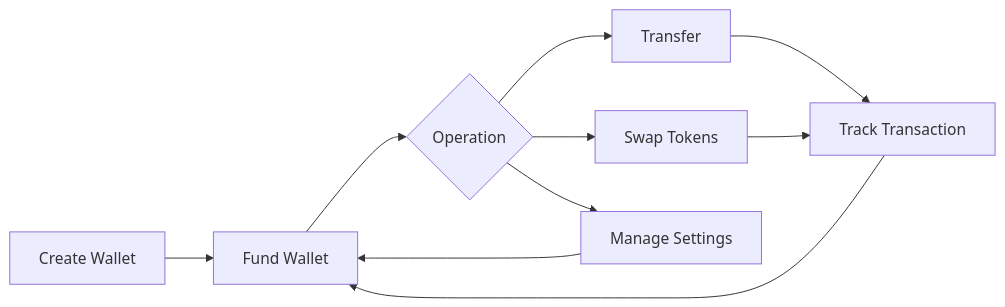
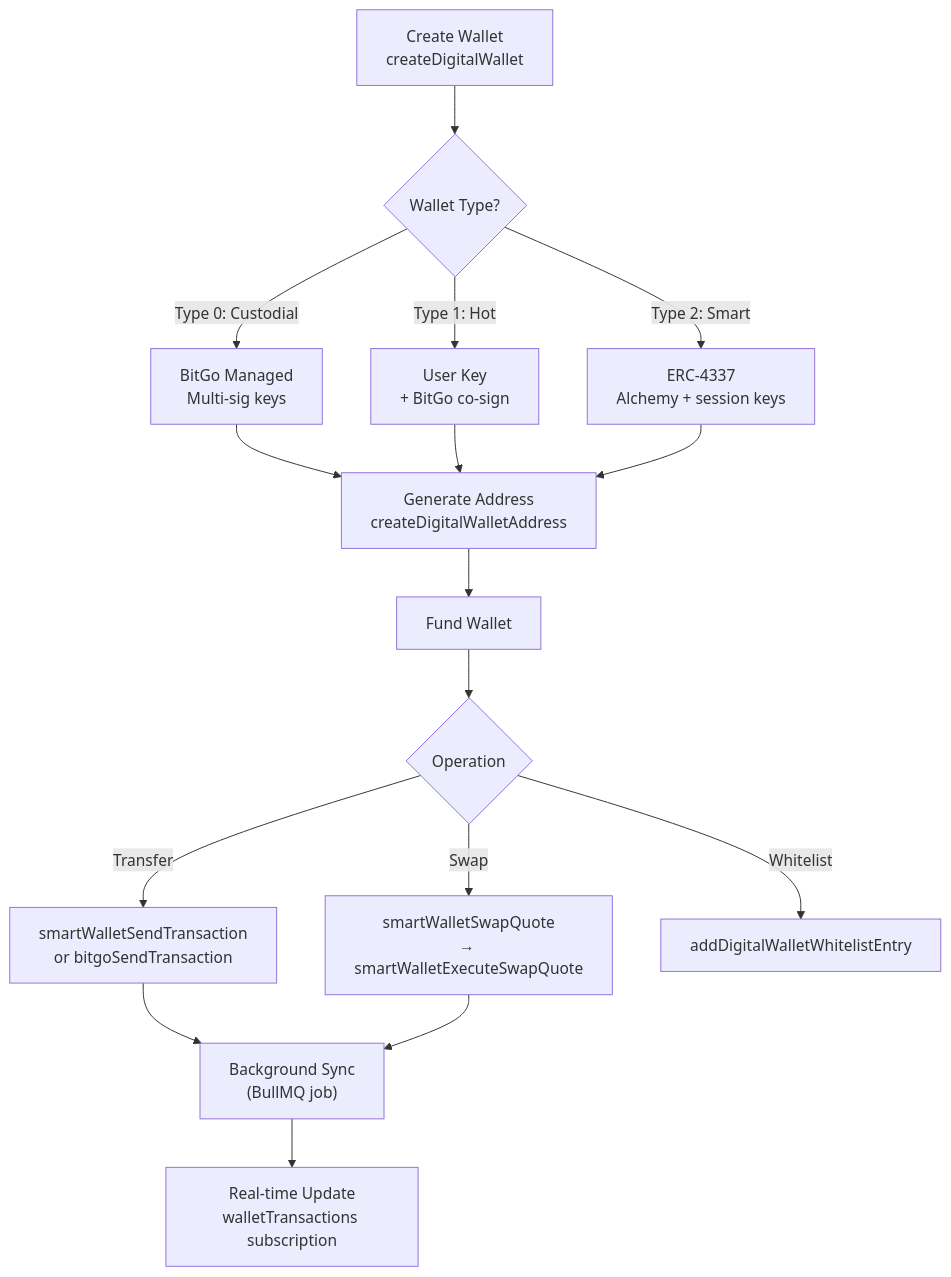
One commit to agio-digital/agio-docs changed the diagram in docs/pages/guides/wallets/index.md. Above: the diagram before and after it, drawn with Mermaid. The commit also changed 5 other files, not shown here.

First line of the commit message:
feat(docs): add Mermaid diagrams across API and guide pages

````diff
--- a/docs/pages/guides/wallets/index.md
+++ b/docs/pages/guides/wallets/index.md
@@ -40,12 +40,24 @@
 ```mermaid
-flowchart LR
-    A[Create Wallet] --> B[Fund Wallet]
-    B --> C{Operation}
-    C --> D[Transfer]
-    C --> E[Swap Tokens]
-    C --> F[Manage Settings]
-    D --> G[Track Transaction]
-    E --> G
-    F --> B
-    G --> B
+flowchart TD
+    A["Create Wallet<br/>createDigitalWallet"] --> B{Wallet Type?}
+
+    B -->|Type 0: Custodial| C["BitGo Managed<br/>Multi-sig keys"]
+    B -->|Type 1: Hot| D["User Key<br/>+ BitGo co-sign"]
+    B -->|Type 2: Smart| E["ERC-4337<br/>Alchemy + session keys"]
+
+    C --> F["Generate Address<br/>createDigitalWalletAddress"]
+    D --> F
+    E --> F
+
+    F --> G["Fund Wallet"]
+
+    G --> H{Operation}
+
+    H -->|Transfer| I["smartWalletSendTransaction<br/>or bitgoSendTransaction"]
+    H -->|Swap| J["smartWalletSwapQuote<br/>→ smartWalletExecuteSwapQuote"]
+    H -->|Whitelist| K["addDigitalWalletWhitelistEntry"]
+
+    I --> L["Background Sync<br/>(BullMQ job)"]
+    J --> L
+    L --> M["Real-time Update<br/>walletTransactions subscription"]
 ```
````
